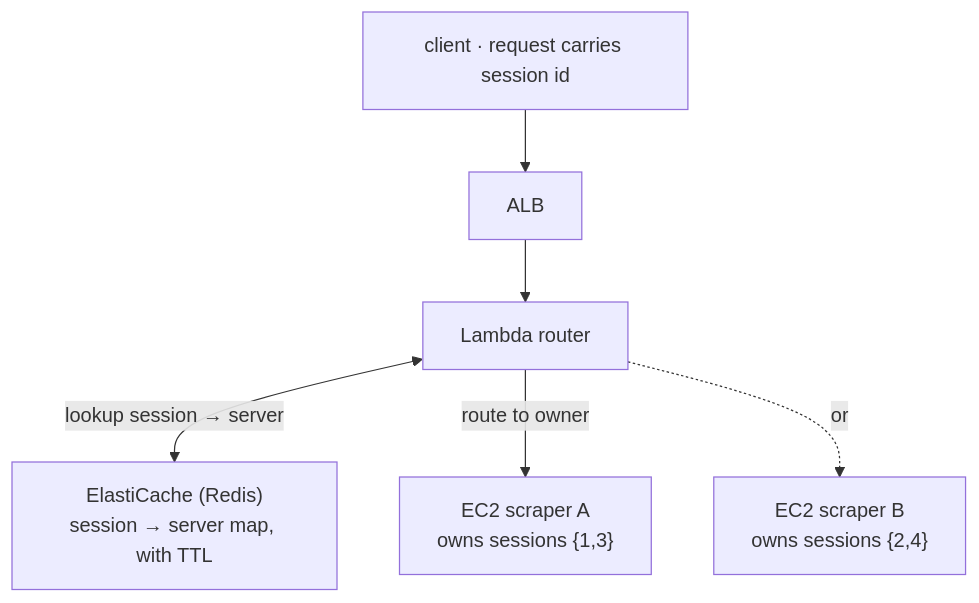
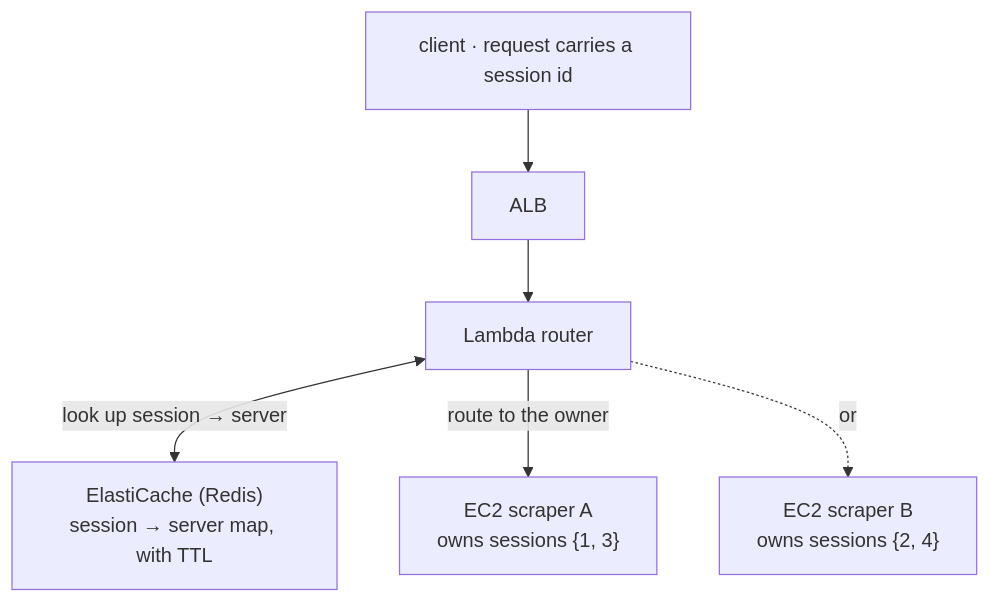
Before and after one commit to kukjun/blog: the diagram in src/content/blog/en/session-aware-routing.md, drawn with Mermaid. The commit also changed other lines of this file and 5 other files, not shown here.

````diff
--- a/src/content/blog/en/session-aware-routing.md
+++ b/src/content/blog/en/session-aware-routing.md
@@ -61,8 +58,8 @@
 ```mermaid
 flowchart TD
-  C["client · request carries session id"] --> ALB["ALB"]
+  C["client · request carries a session id"] --> ALB["ALB"]
   ALB --> R["Lambda router"]
-  R <-->|"lookup session → server"| K["ElastiCache (Redis)<br/>session → server map, with TTL"]
-  R -->|"route to owner"| S1["EC2 scraper A<br/>owns sessions {1,3}"]
-  R -.->|"or"| S2["EC2 scraper B<br/>owns sessions {2,4}"]
+  R <-->|"look up session → server"| K["ElastiCache (Redis)<br/>session → server map, with TTL"]
+  R -->|"route to the owner"| S1["EC2 scraper A<br/>owns sessions {1, 3}"]
+  R -.->|"or"| S2["EC2 scraper B<br/>owns sessions {2, 4}"]
 ```
````
